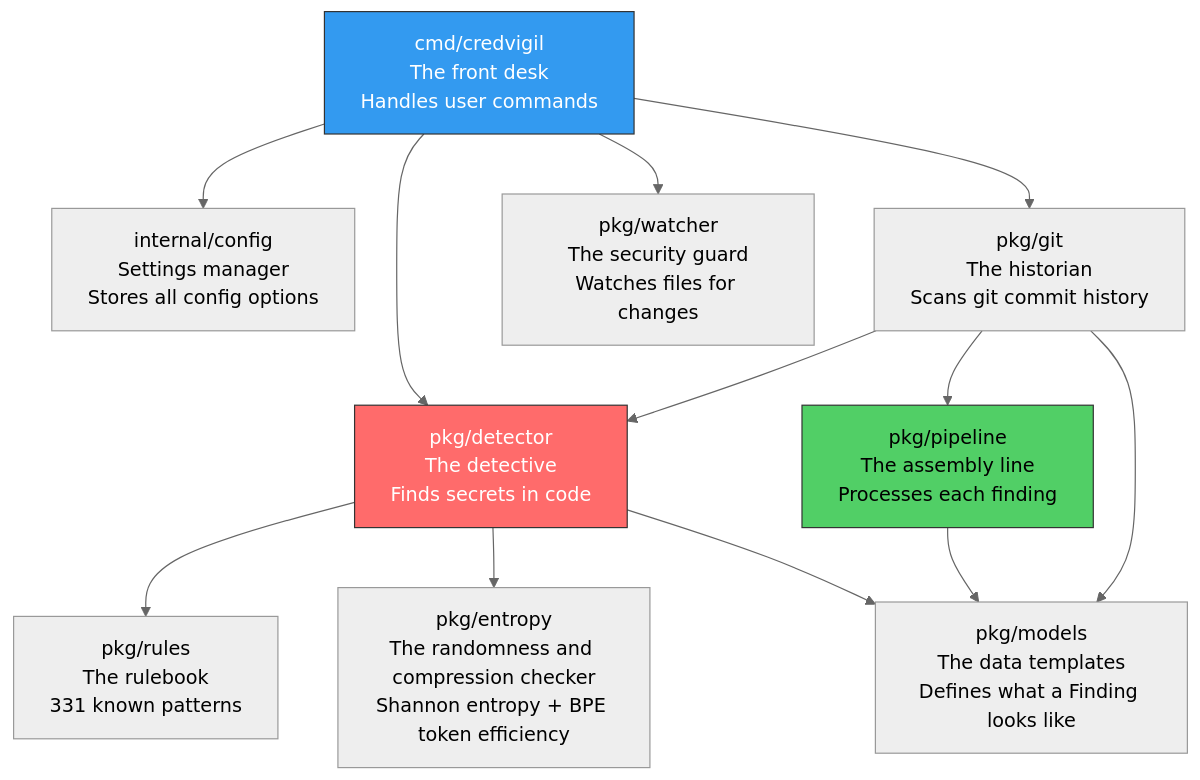
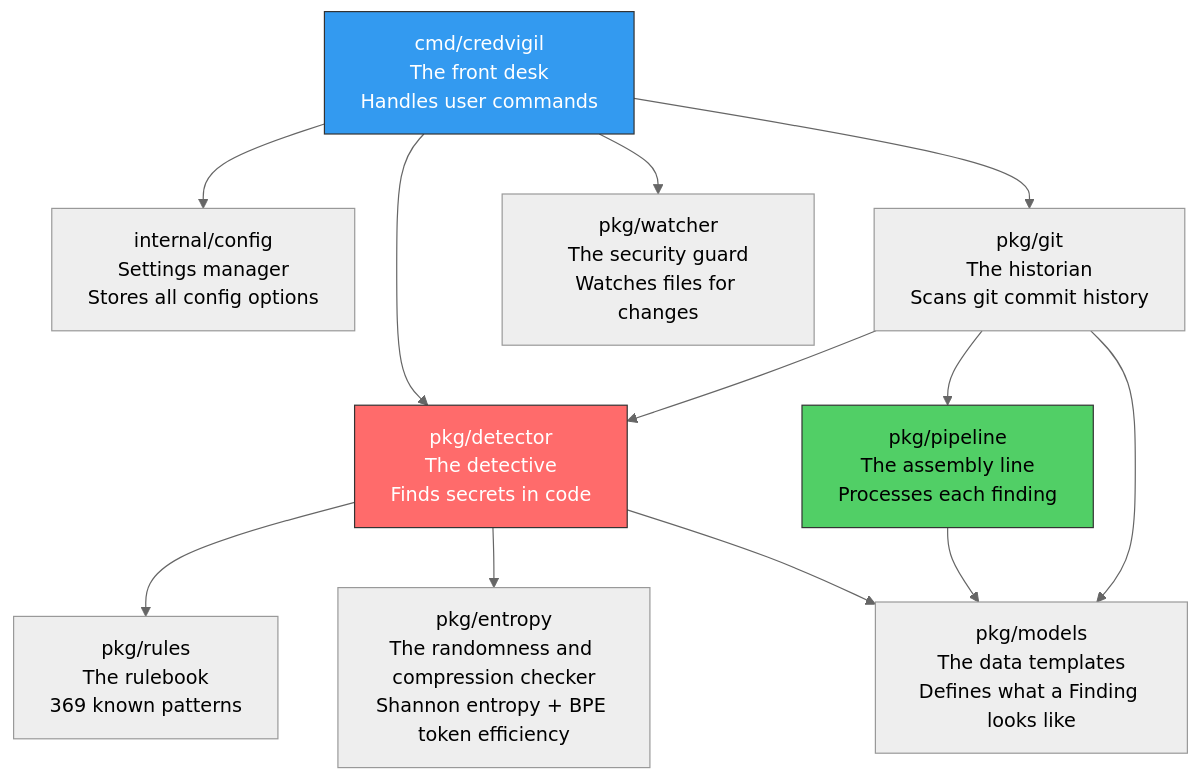
The second of 30 diagrams in docs/training/00-System-Design-Simplified.md (svemulapati/CredVigil), drawn with Mermaid (neutral theme) before and after one commit. The commit also changed other lines of this file and 20 other files, not shown here.

````diff
--- a/docs/training/00-System-Design-Simplified.md
+++ b/docs/training/00-System-Design-Simplified.md
@@ -117,29 +117,29 @@
 ```mermaid
 graph TD
     CMD["cmd/credvigil<br/>The front desk<br/>Handles user commands"]
 
     CFG["internal/config<br/>Settings manager<br/>Stores all config options"]
 
     DET["pkg/detector<br/>The detective<br/>Finds secrets in code"]
 
     ENT["pkg/entropy<br/>The randomness and compression checker<br/>Shannon entropy + BPE token efficiency"]
 
-    RULES["pkg/rules<br/>The rulebook<br/>331 known patterns"]
+    RULES["pkg/rules<br/>The rulebook<br/>369 known patterns"]
 
     MODELS["pkg/models<br/>The data templates<br/>Defines what a Finding looks like"]
 
     PIPE["pkg/pipeline<br/>The assembly line<br/>Processes each finding"]
 
     GIT["pkg/git<br/>The historian<br/>Scans git commit history"]
 
     WATCH["pkg/watcher<br/>The security guard<br/>Watches files for changes"]
 
     CMD --> DET & GIT & WATCH & CFG
     DET --> RULES & ENT & MODELS
     PIPE --> MODELS
     GIT --> DET & PIPE & MODELS
 
     style CMD fill:#339af0,stroke:#333,color:#fff
     style DET fill:#ff6b6b,stroke:#333,color:#fff
     style PIPE fill:#51cf66,stroke:#333
 ```
````
